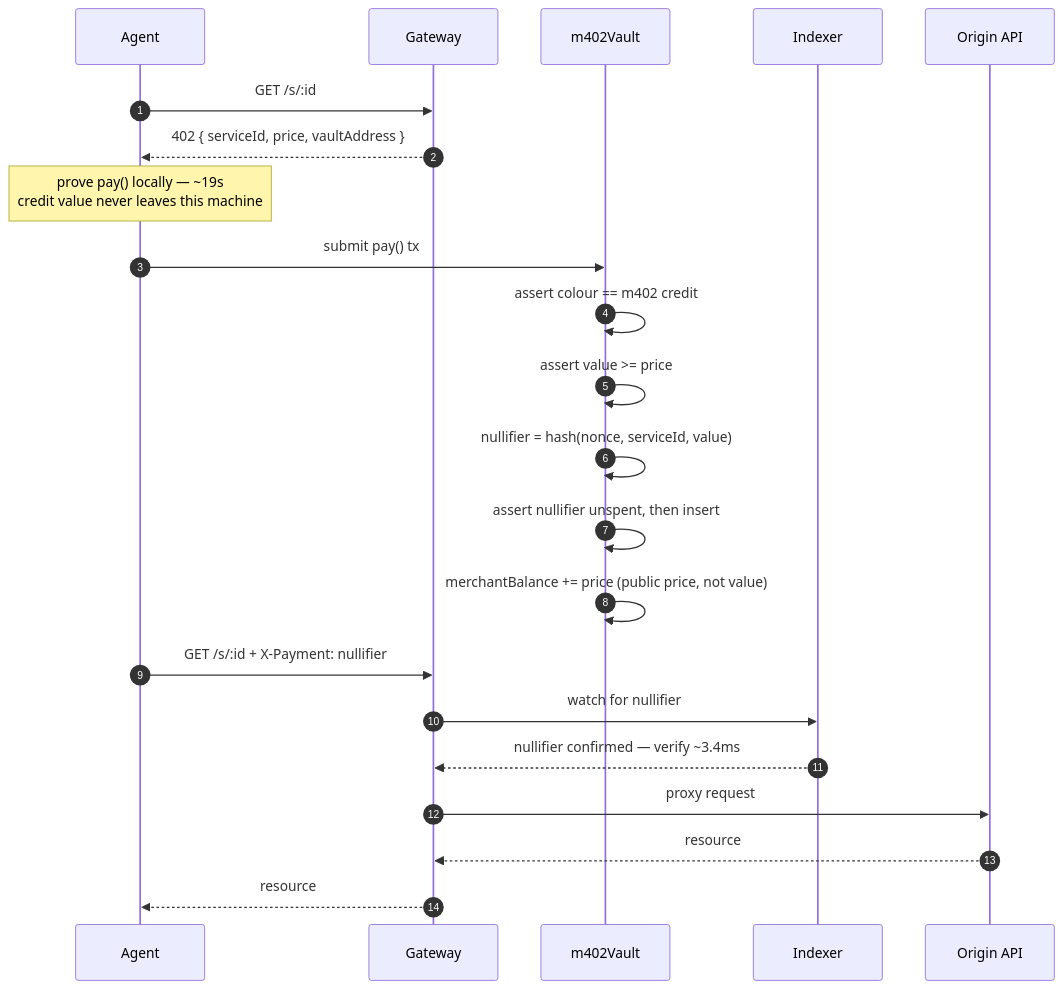
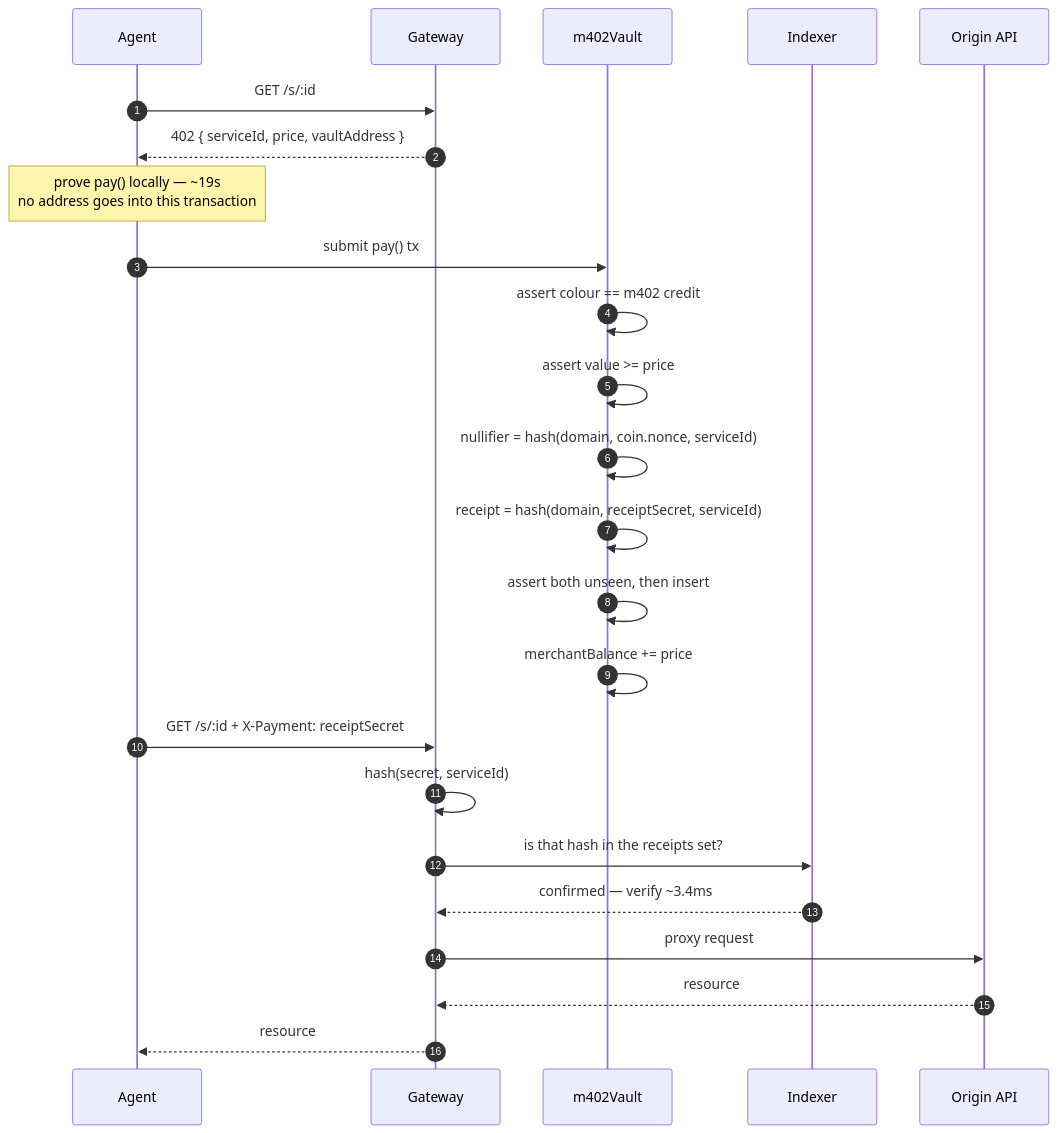
One commit to julianariel/m402 changed the fourth of 9 diagrams in docs/architecture/payment-flow.md. Above: the diagram before and after it, drawn with Mermaid. The commit also changed other lines of this file and 6 other files, not shown here.

````diff
--- a/docs/architecture/payment-flow.md
+++ b/docs/architecture/payment-flow.md
@@ -69,27 +88,29 @@
 ```mermaid
 sequenceDiagram
     autonumber
     participant A as Agent
     participant G as Gateway
     participant V as m402Vault
     participant I as Indexer
     participant O as Origin API
 
     A->>G: GET /s/:id
     G-->>A: 402 { serviceId, price, vaultAddress }
 
-    Note over A: prove pay() locally — ~19s<br/>credit value never leaves this machine
+    Note over A: prove pay() locally — ~19s<br/>no address goes into this transaction
     A->>V: submit pay() tx
     V->>V: assert colour == m402 credit
     V->>V: assert value >= price
-    V->>V: nullifier = hash(nonce, serviceId, value)
-    V->>V: assert nullifier unspent, then insert
-    V->>V: merchantBalance += price (public price, not value)
+    V->>V: nullifier = hash(domain, coin.nonce, serviceId)
+    V->>V: receipt = hash(domain, receiptSecret, serviceId)
+    V->>V: assert both unseen, then insert
+    V->>V: merchantBalance += price
 
-    A->>G: GET /s/:id + X-Payment: nullifier
-    G->>I: watch for nullifier
-    I-->>G: nullifier confirmed — verify ~3.4ms
+    A->>G: GET /s/:id + X-Payment: receiptSecret
+    G->>G: hash(secret, serviceId)
+    G->>I: is that hash in the receipts set?
+    I-->>G: confirmed — verify ~3.4ms
     G->>O: proxy request
     O-->>G: resource
     G-->>A: resource
 ```
````
